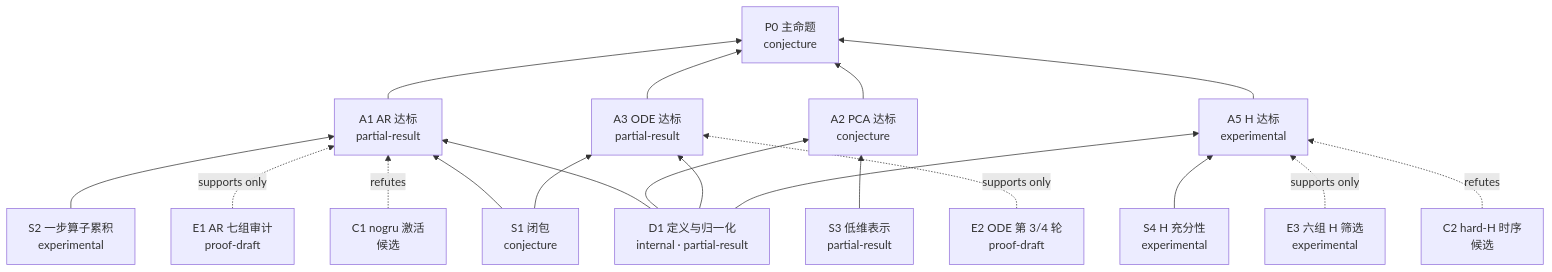
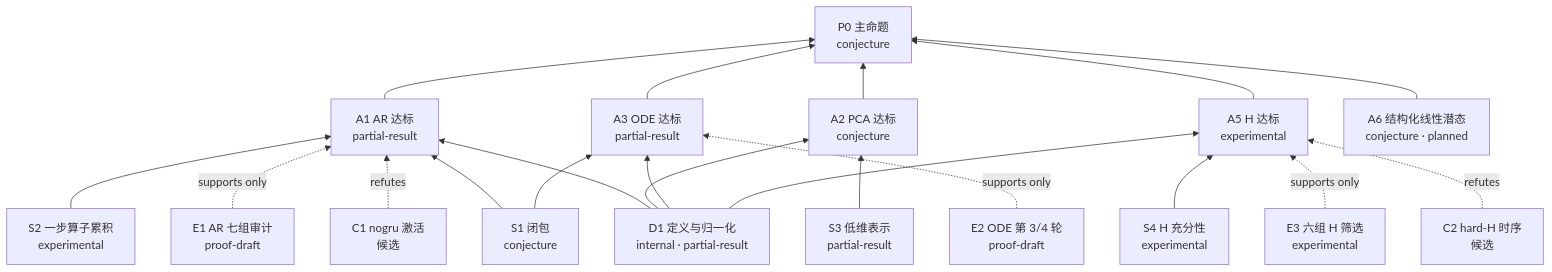
One commit to hollylewis977-ui/cardiac-workspace changed the diagram in projects/cardiac-ep/claim-map.md. Above: the diagram before and after it, drawn with Mermaid. The commit also changed other lines of this file and 12 other files, not shown here.

````diff
--- a/projects/cardiac-ep/claim-map.md
+++ b/projects/cardiac-ep/claim-map.md
@@ -10,37 +10,39 @@
 ```mermaid
 flowchart BT
     D1["D1 定义与归一化<br/>internal · partial-result"]
     S1["S1 闭包<br/>conjecture"]
     S2["S2 一步算子累积<br/>experimental"]
     S3["S3 低维表示<br/>partial-result"]
     S4["S4 H 充分性<br/>experimental"]
     A1["A1 AR 达标<br/>partial-result"]
     A2["A2 PCA 达标<br/>conjecture"]
     A3["A3 ODE 达标<br/>partial-result"]
     A5["A5 H 达标<br/>experimental"]
+    A6["A6 结构化线性潜态<br/>conjecture · planned"]
     P0["P0 主命题<br/>conjecture"]
     E1["E1 AR 七组审计<br/>proof-draft"]
     E2["E2 ODE 第 3/4 轮<br/>proof-draft"]
     E3["E3 六组 H 筛选<br/>experimental"]
     C1["C1 nogru 激活<br/>候选"]
     C2["C2 hard-H 时序<br/>候选"]
 
     D1 --> A1
     D1 --> A2
     D1 --> A3
     D1 --> A5
     S1 --> A1
     S2 --> A1
     S3 --> A2
     S1 --> A3
     S4 --> A5
     A1 --> P0
     A2 --> P0
     A3 --> P0
     A5 --> P0
+    A6 --> P0
     E1 -.->|supports only| A1
     E2 -.->|supports only| A3
     E3 -.->|supports only| A5
     C1 -.->|refutes| A1
     C2 -.->|refutes| A5
 ```
````
